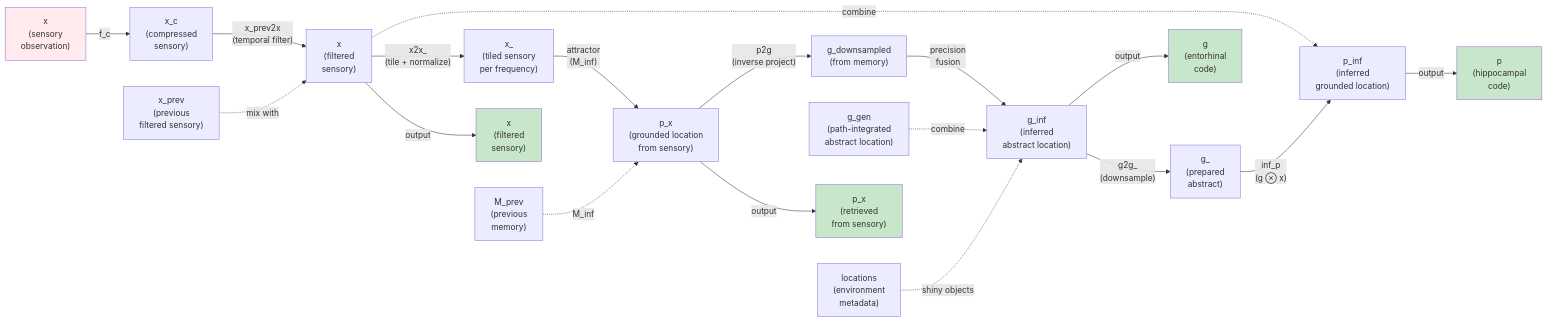
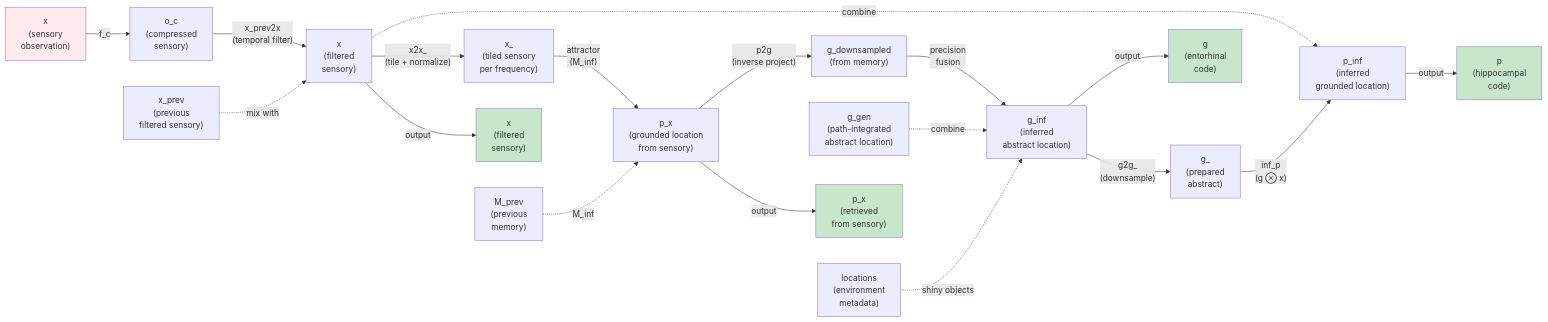
One commit to BorjaEst/tem changed the diagram in docs/inference_pathway.mmd. Above: the diagram before and after it, drawn with Mermaid. The commit also changed 18 other files, not shown here.

```diff
--- a/docs/inference_pathway.mmd
+++ b/docs/inference_pathway.mmd
@@ -1,42 +1,42 @@
 %% TEM Inference Pathway
 graph LR
     %% Input
     X["x<br/>(sensory<br/>observation)"]
     Locations["locations<br/>(environment<br/>metadata)"]
     G_gen["g_gen<br/>(path-integrated<br/>abstract location)"]
     M_prev["M_prev<br/>(previous<br/>memory)"]
     X_prev["x_prev<br/>(previous<br/>filtered sensory)"]
     
     %% Processing Steps
-    X -->|"f_c"| X_c["x_c<br/>(compressed<br/>sensory)"]
-    X_c -->|"x_prev2x<br/>(temporal filter)"| X_f["x<br/>(filtered<br/>sensory)"]
+    X -->|"f_c"| O_c["o_c<br/>(compressed<br/>sensory)"]
+    O_c -->|"x_prev2x<br/>(temporal filter)"| X_f["x<br/>(filtered<br/>sensory)"]
     X_prev -.->|"mix with"| X_f
     
     X_f -->|"x2x_<br/>(tile + normalize)"| X_["x_<br/>(tiled sensory<br/>per frequency)"]
     
     %% Memory Retrieval Sensory
     X_ -->|"attractor<br/>(M_inf)"| P_x["p_x<br/>(grounded location<br/>from sensory)"]
     M_prev -.->|"M_inf"| P_x
     
     %% Abstract Location Inference
     P_x -->|"p2g<br/>(inverse project)"| G_downsampled["g_downsampled<br/>(from memory)"]
     G_downsampled -->|"precision<br/>fusion"| G_inf["g_inf<br/>(inferred<br/>abstract location)"]
     G_gen -.->|"combine"| G_inf
     Locations -.->|"shiny objects"| G_inf
     
     %% Grounded Location Inference
     G_inf -->|"g2g_<br/>(downsample)"| G_["g_<br/>(prepared<br/>abstract)"]
     X_f -.->|"combine"| P_inf
     G_ -->|"inf_p<br/>(g ⊗ x)"| P_inf["p_inf<br/>(inferred<br/>grounded location)"]
     
     %% Output
     P_inf -->|"output"| OUT_P["p<br/>(hippocampal<br/>code)"]
     G_inf -->|"output"| OUT_G["g<br/>(entorhinal<br/>code)"]
     X_f -->|"output"| OUT_X["x<br/>(filtered<br/>sensory)"]
     P_x -->|"output"| OUT_PX["p_x<br/>(retrieved<br/>from sensory)"]
     
     style X fill:#ffebee
     style OUT_P fill:#c8e6c9
     style OUT_G fill:#c8e6c9
     style OUT_X fill:#c8e6c9
     style OUT_PX fill:#c8e6c9
```
